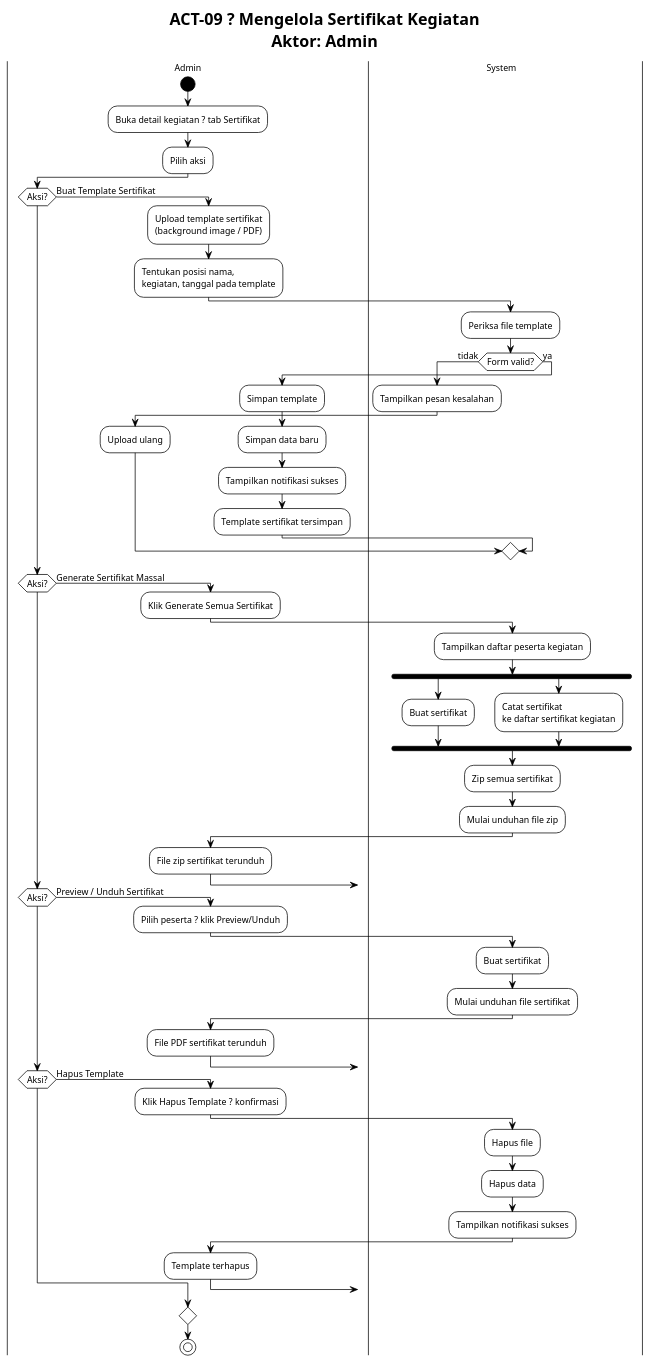
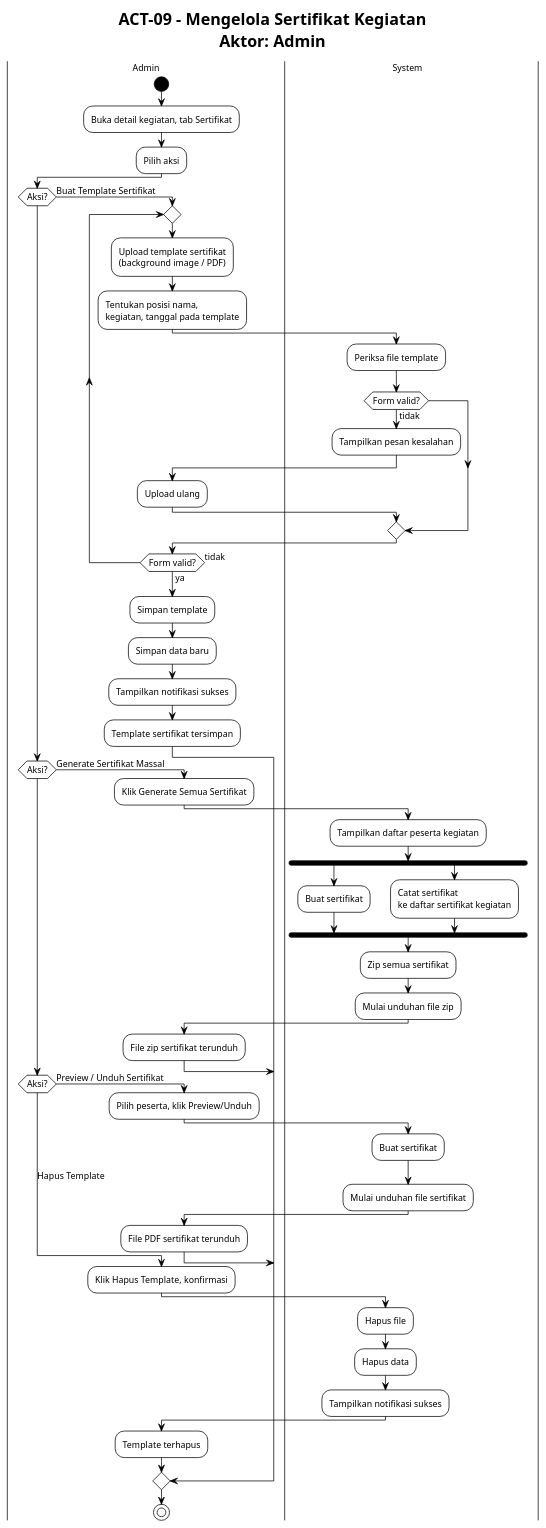
Before and after one commit to Habiboys/SILAB-DSI: the diagram in docs/kegiatan_proker/activity/ACT_09_SERTIFIKAT_KEGIATAN.puml, drawn with PlantUML. The commit also changed 67 other files, not shown here.

```diff
--- a/docs/kegiatan_proker/activity/ACT_09_SERTIFIKAT_KEGIATAN.puml
+++ b/docs/kegiatan_proker/activity/ACT_09_SERTIFIKAT_KEGIATAN.puml
@@ -1,76 +1,76 @@
 @startuml ACT_09_SERTIFIKAT_KEGIATAN
 !theme plain
 !pragma useVerticalIf on
 scale max 1600 width
 skinparam wrapWidth 200
-
 skinparam defaultFontSize 12
 skinparam swimlaneWidth 220
 skinparam ActivityStartColor black
 skinparam ActivityEndColor black
-title ACT-09 ? Mengelola Sertifikat Kegiatan\nAktor: Admin
+title ACT-09 - Mengelola Sertifikat Kegiatan\nAktor: Admin
 
 |Admin|
 |System|
 
 |Admin|
 start
-:Buka detail kegiatan ? tab Sertifikat;
+:Buka detail kegiatan, tab Sertifikat;
 :Pilih aksi;
 
 if (Aksi?) then (Buat Template Sertifikat)
   |Admin|
-  :Upload template sertifikat\n(background image / PDF);
-  :Tentukan posisi nama,\nkegiatan, tanggal pada template;
-  |System|
-  :Periksa file template;
-  if (Form valid?) then (tidak)
-    :Tampilkan pesan kesalahan;
-    |Admin|
-    :Upload ulang;
-  else (ya)
-    :Simpan template;
-    :Simpan data baru;
-    :Tampilkan notifikasi sukses;
-    |Admin|
-    :Template sertifikat tersimpan;
-  endif
+  repeat
+    :Upload template sertifikat\n(background image / PDF);
+    :Tentukan posisi nama,\nkegiatan, tanggal pada template;
+    |System|
+    :Periksa file template;
+    if (Form valid?) then (tidak)
+      :Tampilkan pesan kesalahan;
+      |Admin|
+      :Upload ulang;
+    endif
+  repeat while (Form valid?) is (tidak) not (ya)
+  :Simpan template;
+  :Simpan data baru;
+  :Tampilkan notifikasi sukses;
+  |Admin|
+  :Template sertifikat tersimpan;
 
 elseif (Aksi?) then (Generate Sertifikat Massal)
   |Admin|
   :Klik Generate Semua Sertifikat;
   |System|
   :Tampilkan daftar peserta kegiatan;
   fork
     :Buat sertifikat;
   fork again
     :Catat sertifikat\nke daftar sertifikat kegiatan;
   end fork
   :Zip semua sertifikat;
   :Mulai unduhan file zip;
   |Admin|
   :File zip sertifikat terunduh;
 
 elseif (Aksi?) then (Preview / Unduh Sertifikat)
   |Admin|
-  :Pilih peserta ? klik Preview/Unduh;
+  :Pilih peserta, klik Preview/Unduh;
   |System|
   :Buat sertifikat;
   :Mulai unduhan file sertifikat;
   |Admin|
   :File PDF sertifikat terunduh;
 
-elseif (Aksi?) then (Hapus Template)
+else (Hapus Template)
   |Admin|
-  :Klik Hapus Template ? konfirmasi;
+  :Klik Hapus Template, konfirmasi;
   |System|
   :Hapus file;
   :Hapus data;
   :Tampilkan notifikasi sukses;
   |Admin|
   :Template terhapus;
 
 endif
 
 stop
 @enduml
```
